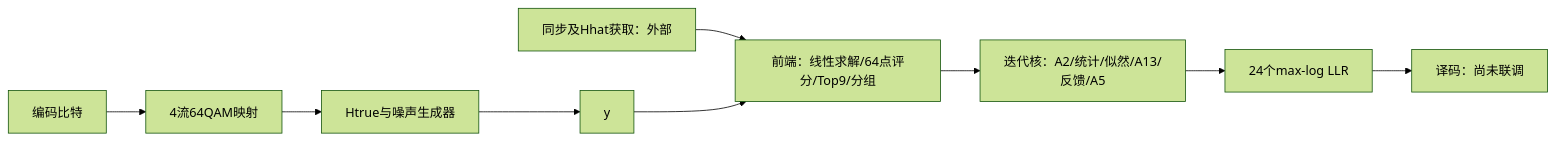
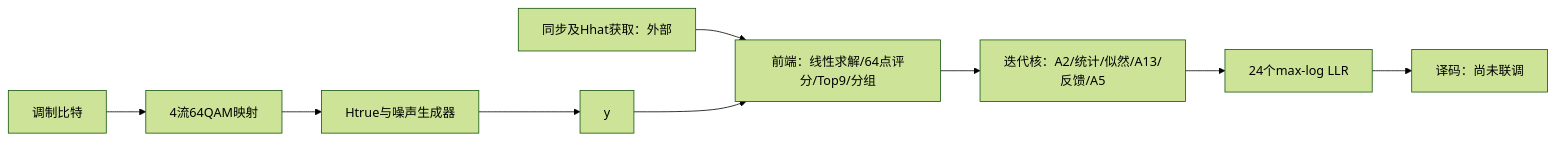
The first of 2 diagrams in 文档/matlab建模文档/06_项目系统模型与硬件定点验证设计.md (AllenXu-weihao/-0), drawn with Mermaid (forest theme) before and after one commit. The commit also changed other lines of this file and 191 other files, not shown here.

````diff
--- a/文档/matlab建模文档/06_项目系统模型与硬件定点验证设计.md
+++ b/文档/matlab建模文档/06_项目系统模型与硬件定点验证设计.md
@@ -43,11 +43,11 @@
 ```mermaid
 flowchart LR
- bits[编码比特] --> map[4流64QAM映射]
+ bits[调制比特] --> map[4流64QAM映射]
  map --> ch[Htrue与噪声生成器]
  ch --> obs[y]
  est[同步及Hhat获取：外部] --> prep
  obs --> prep[前端：线性求解/64点评分/Top9/分组]
  prep --> core[迭代核：A2/统计/似然/A13/反馈/A5]
  core --> readout[24个max-log LLR]
  readout --> dec[译码：尚未联调]
 ```
````
